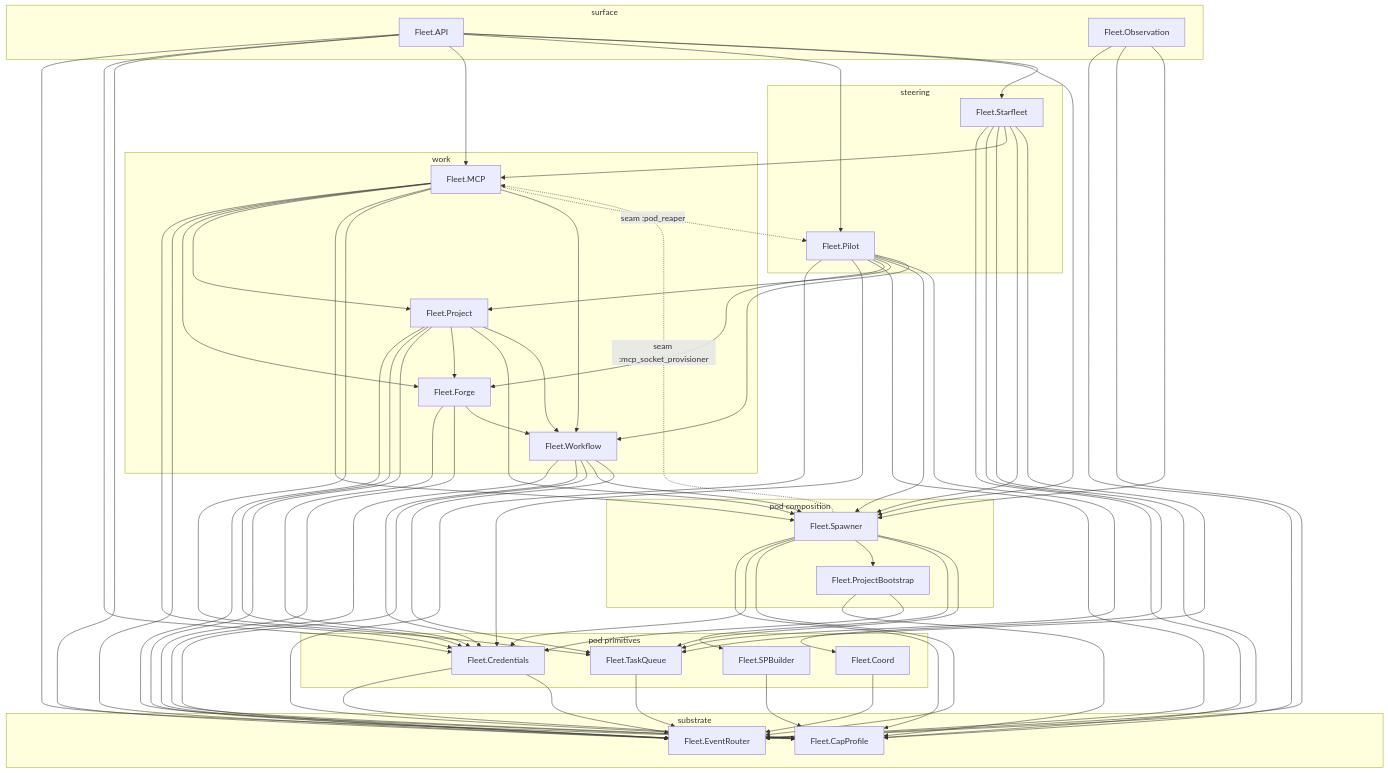
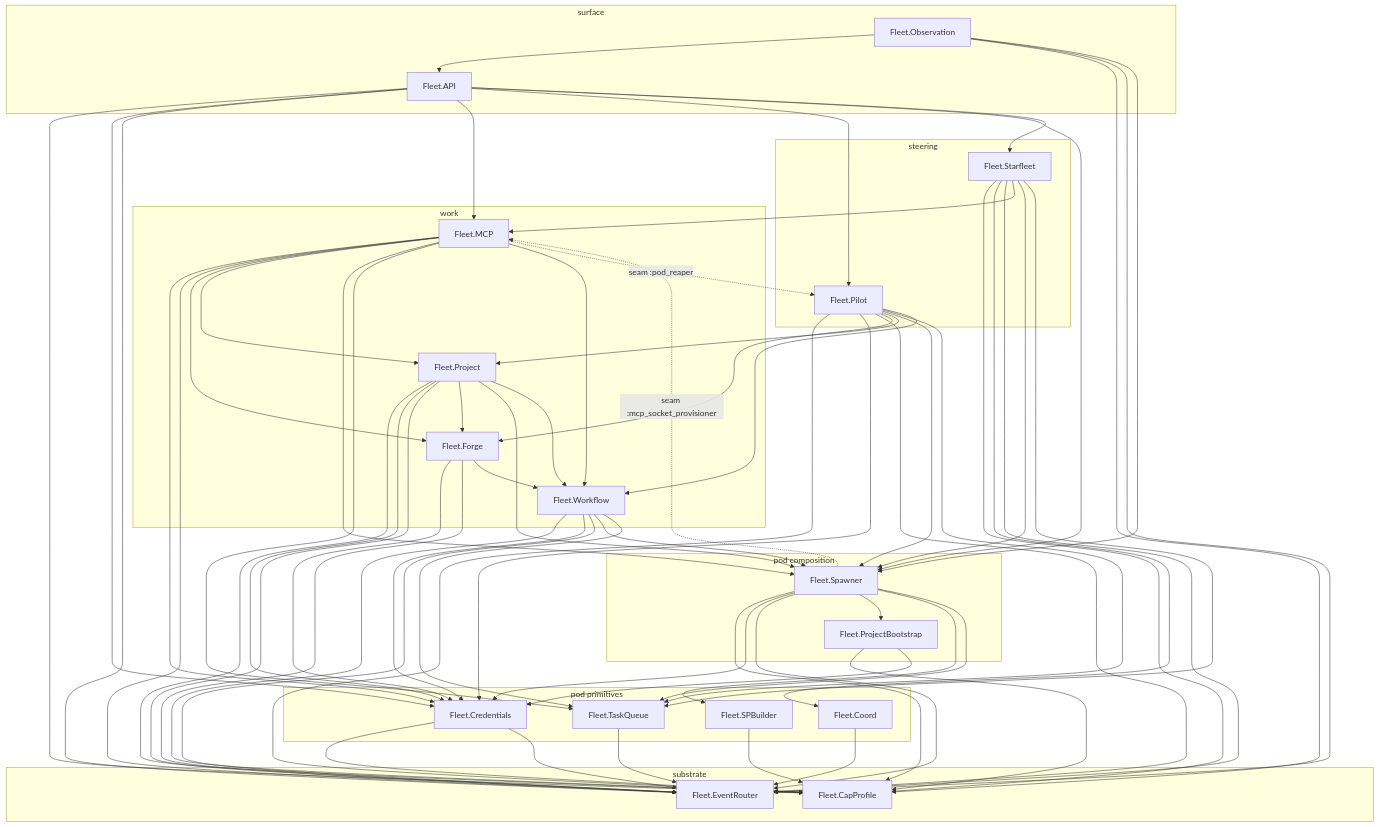
Before and after one commit to zUrp-Embedded/LCARS-fleet: the diagram in fleet/README.md, drawn with Mermaid. The commit also changed 1 other file, not shown here.

Commit message:
chore(topology): regenerate the boundary map for the Observation->API edge
The `mix lcars.topology` projection of the new `Fleet.Observation -> Fleet.API` dependency
(f215b1eaf, re-homing the read diagnostics). The gate refuses a map that diverges from the
`use Boundary` declarations — the map cannot lie. Observation's transitive reach grows (API pulls
in five domains), but the callable surface stays the three API exports; boundary exports bound it.

```diff
--- a/fleet/README.md
+++ b/fleet/README.md
@@ -77,6 +77,7 @@
     Fleet_MCP --> Fleet_Spawner
     Fleet_MCP --> Fleet_TaskQueue
     Fleet_MCP --> Fleet_Workflow
+    Fleet_Observation --> Fleet_API
     Fleet_Observation --> Fleet_CapProfile
     Fleet_Observation --> Fleet_EventRouter
     Fleet_Observation --> Fleet_Spawner
```
